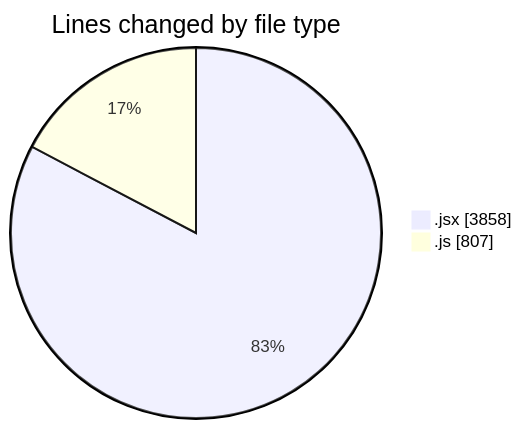
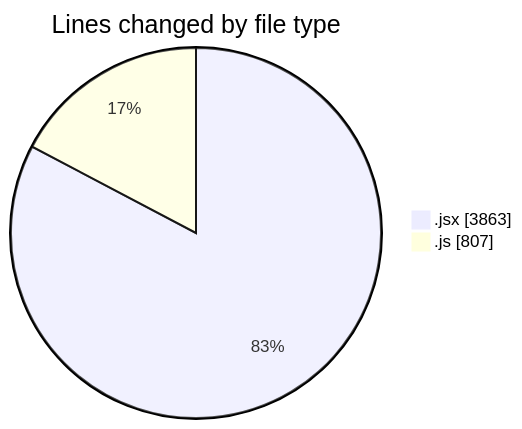
One commit to nxtqubesakshisongat/code-tracking changed the first of 2 diagrams in 2025-07-14/argos/README.md. Above: the diagram before and after it, drawn with Mermaid. The commit also changed other lines of this file and 1 other file, not shown here.

````diff
--- a/2025-07-14/argos/README.md
+++ b/2025-07-14/argos/README.md
@@ -28,6 +28,6 @@
 ```mermaid
 pie showData
 title Lines changed by file type
-".jsx" : 3858
+".jsx" : 3863
 ".js" : 807
 ```
````
